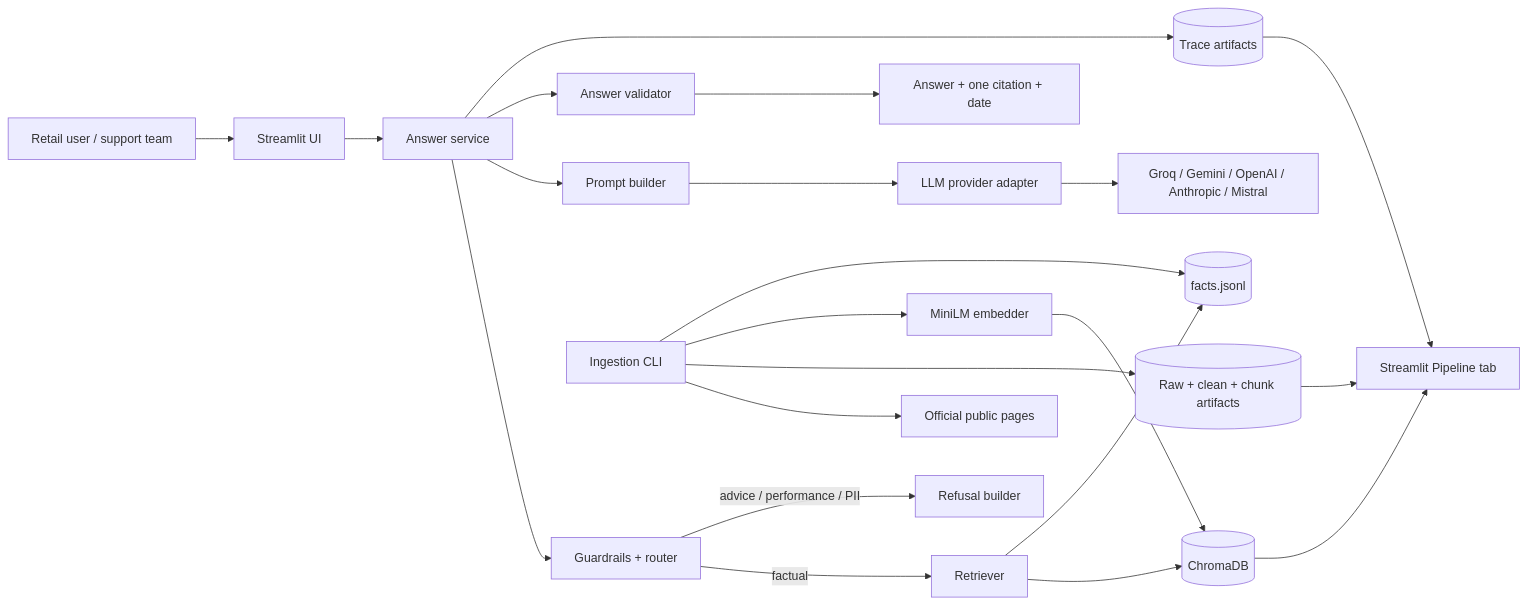
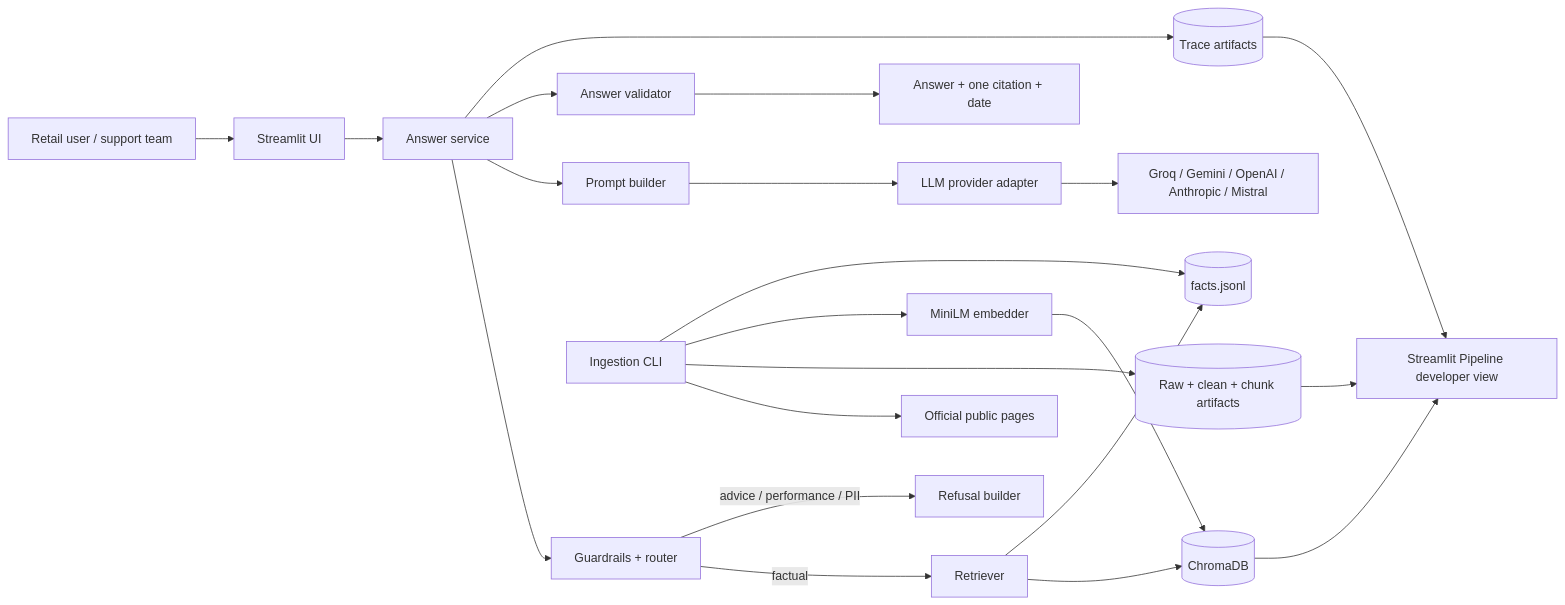
Before and after one commit to harshvardhanmunda6/RAG-Chatbot-GROWW: the first of 5 diagrams in architecture.md, drawn with Mermaid. The commit also changed other lines of this file and 11 other files, not shown here.

````diff
--- a/architecture.md
+++ b/architecture.md
@@ -57,25 +57,25 @@
 ```mermaid
 flowchart LR
     U[Retail user / support team] --> UI[Streamlit UI]
     UI --> SVC[Answer service]
     SVC --> GR[Guardrails + router]
     GR -->|factual| RET[Retriever]
     GR -->|advice / performance / PII| REF[Refusal builder]
     RET --> CH[(ChromaDB)]
     RET --> FI[(facts.jsonl)]
     SVC --> PB[Prompt builder]
     PB --> LLM[LLM provider adapter]
     LLM --> API[Groq / Gemini / OpenAI / Anthropic / Mistral]
     SVC --> VAL[Answer validator]
     VAL --> OUT[Answer + one citation + date]
     SVC --> TR[(Trace artifacts)]
 
     ING[Ingestion CLI] --> WEB[Official public pages]
     ING --> RAW[(Raw + clean + chunk artifacts)]
     ING --> EMB[MiniLM embedder]
     EMB --> CH
     ING --> FI
-    RAW --> PIPE[Streamlit Pipeline tab]
+    RAW --> PIPE[Streamlit Pipeline developer view]
     CH --> PIPE
     TR --> PIPE
 ```
````
